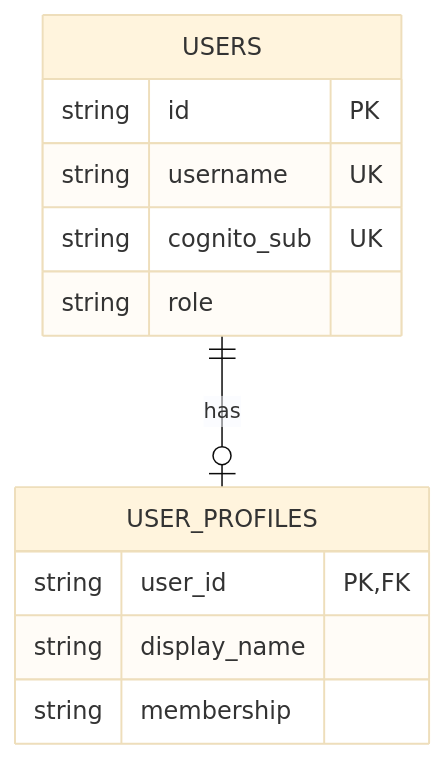
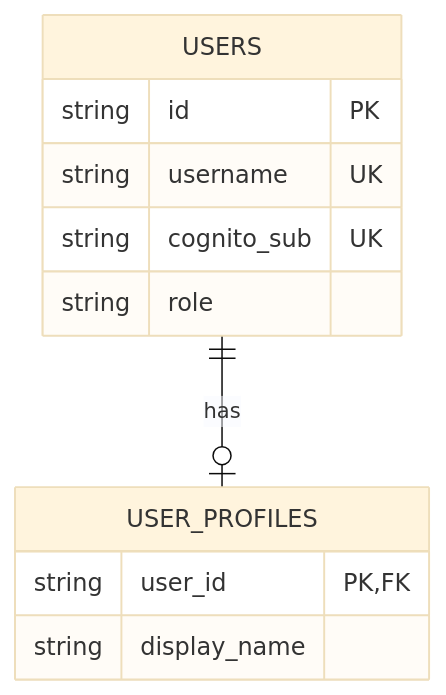
Before and after one commit to kurosiko/trail: the diagram in src/content/posts/Web/account-and-public-profile.md, drawn with Mermaid (base theme). The commit also changed other lines of this file and 67 other files, not shown here.

````diff
--- a/src/content/posts/Web/account-and-public-profile.md
+++ b/src/content/posts/Web/account-and-public-profile.md
@@ -34,15 +37,15 @@
 ```mermaid
 erDiagram
+  accTitle: 公開プロフィールはユーザーごとに0件または1件
   USERS ||--o| USER_PROFILES : has
   USERS {
     string id PK
     string username UK
     string cognito_sub UK
     string role
   }
   USER_PROFILES {
     string user_id PK, FK
     string display_name
-    string membership
   }
 ```
````
